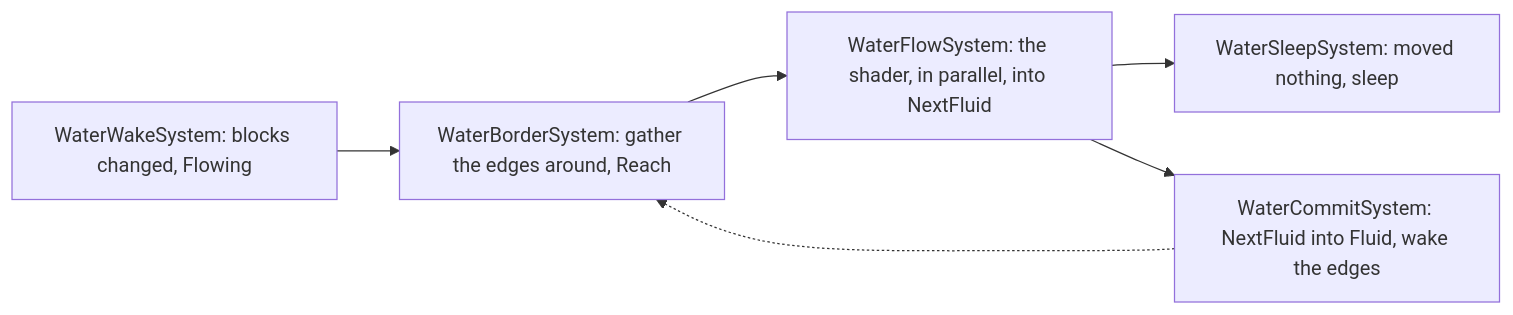
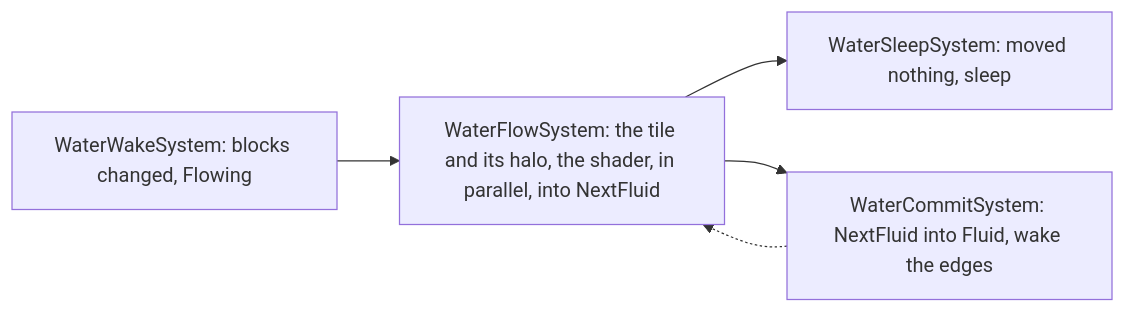
The third of 3 diagrams in docs/content/samples/voxel-server.mdx (JasonXuDeveloper/EasyEcs), drawn with Mermaid before and after one commit. The commit also changed other lines of this file and 48 other files, not shown here.

````diff
--- a/docs/content/samples/voxel-server.mdx
+++ b/docs/content/samples/voxel-server.mdx
@@ -256,8 +256,7 @@
 ```mermaid
 flowchart LR
-  wake[WaterWakeSystem: blocks changed, Flowing] --> border[WaterBorderSystem: gather the edges around, Reach]
-  border --> flow[WaterFlowSystem: the shader, in parallel, into NextFluid]
+  wake[WaterWakeSystem: blocks changed, Flowing] --> flow[WaterFlowSystem: the tile and its halo, the shader, in parallel, into NextFluid]
   flow --> sleep[WaterSleepSystem: moved nothing, sleep]
   flow --> commit[WaterCommitSystem: NextFluid into Fluid, wake the edges]
-  commit -.-> border
+  commit -.-> flow
 ```
````
